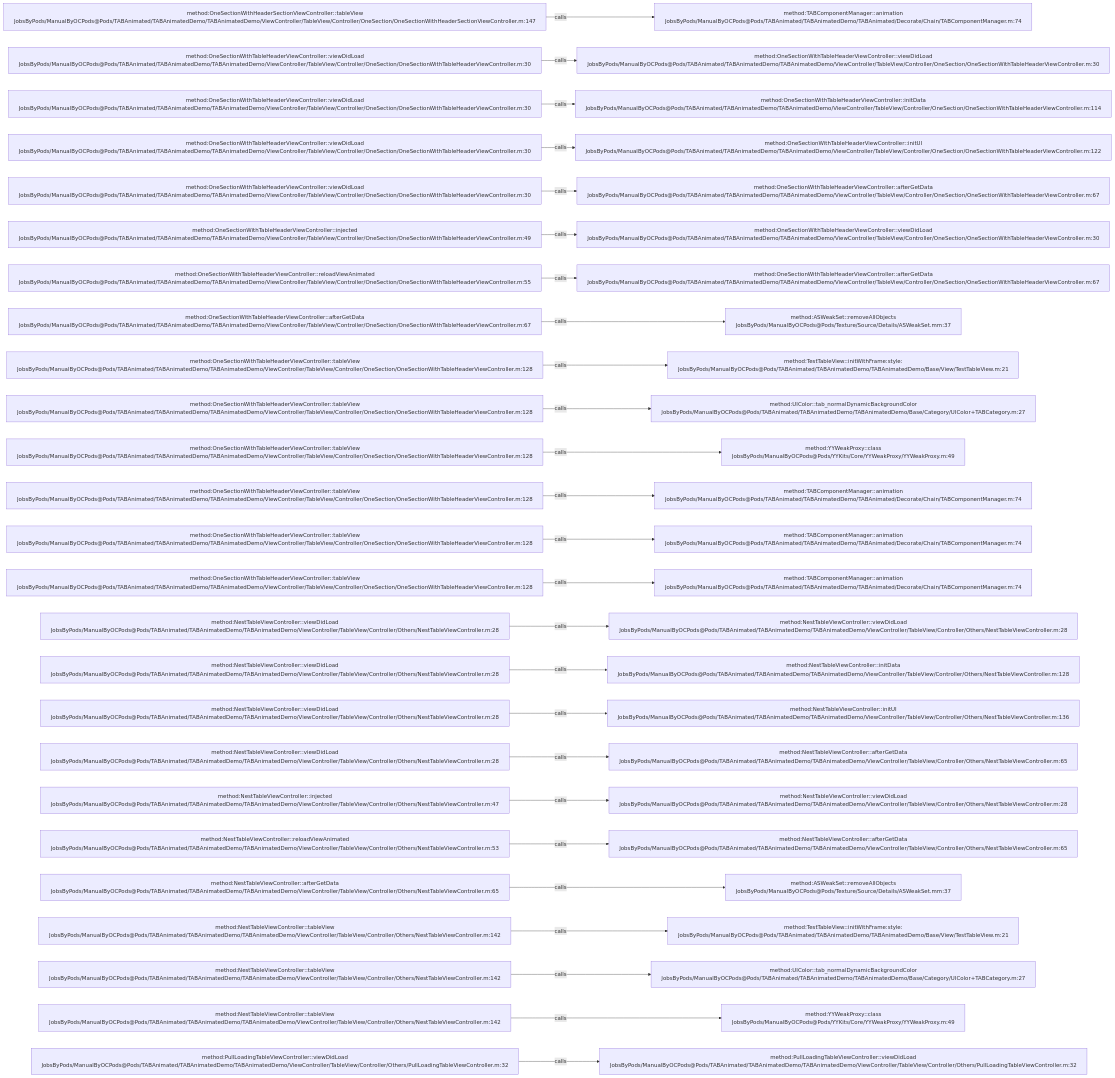
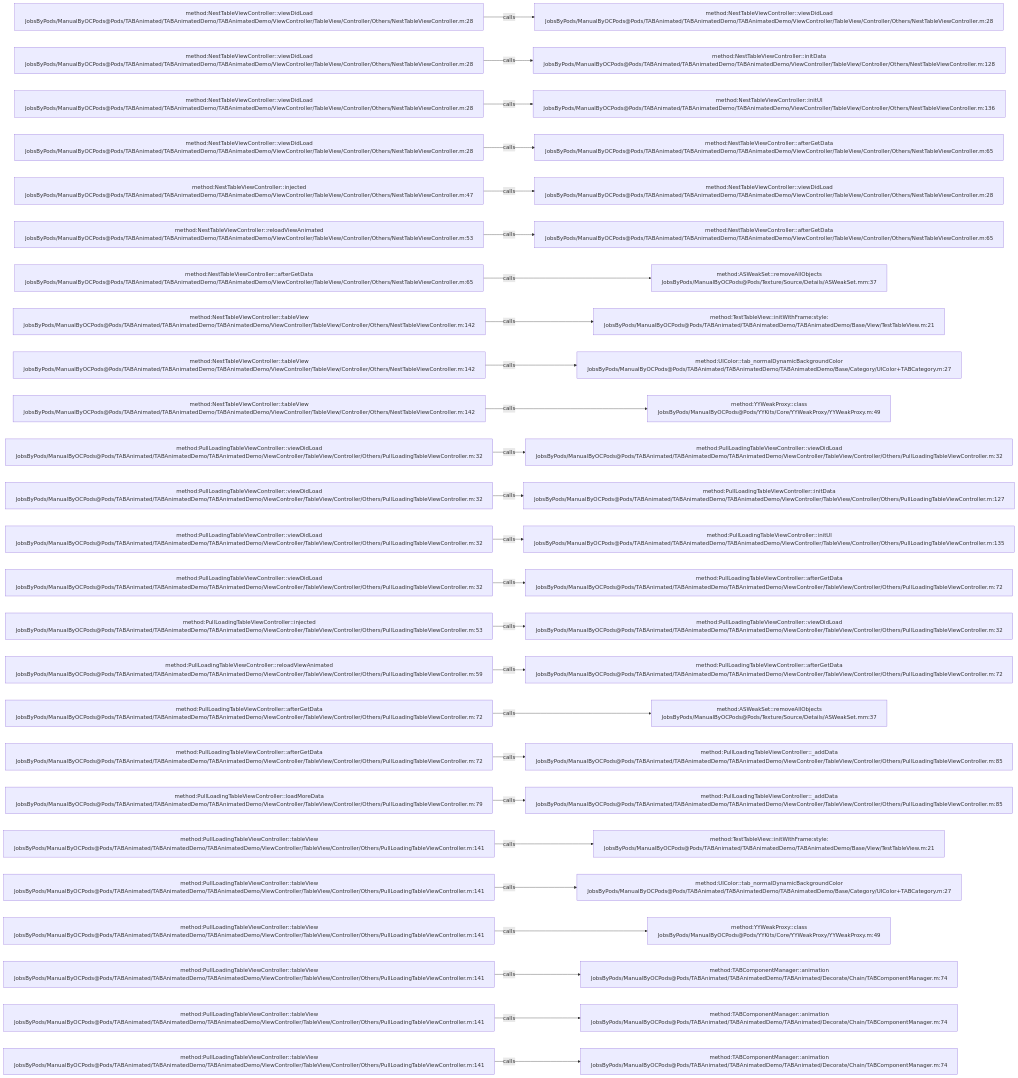
One commit to JobsKits/JobsOCBaseConfigDemo changed the diagram in .codegraph/codegraph.md/graphs/calls-059.md. Above: the diagram before and after it, drawn with Mermaid. The commit also changed 296 other files, not shown here.

````diff
--- a/.codegraph/codegraph.md/graphs/calls-059.md
+++ b/.codegraph/codegraph.md/graphs/calls-059.md
@@ -13,78 +13,78 @@
 ```mermaid
 flowchart LR
-  S1["method:OneSectionWithHeaderSectionViewController::tableView<br/>JobsByPods/ManualByOCPods@Pods/TABAnimated/TABAnimatedDemo/TABAnimatedDemo/ViewController/TableView/Controller/OneSection/OneSectionWithHeaderSectionViewController.m:147"]
-  T1["method:TABComponentManager::animation<br/>JobsByPods/ManualByOCPods@Pods/TABAnimated/TABAnimatedDemo/TABAnimated/Decorate/Chain/TABComponentManager.m:74"]
+  S1["method:NestTableViewController::viewDidLoad<br/>JobsByPods/ManualByOCPods@Pods/TABAnimated/TABAnimatedDemo/TABAnimatedDemo/ViewController/TableView/Controller/Others/NestTableViewController.m:28"]
+  T1["method:NestTableViewController::viewDidLoad<br/>JobsByPods/ManualByOCPods@Pods/TABAnimated/TABAnimatedDemo/TABAnimatedDemo/ViewController/TableView/Controller/Others/NestTableViewController.m:28"]
   S1 -->|calls| T1
-  S2["method:OneSectionWithTableHeaderViewController::viewDidLoad<br/>JobsByPods/ManualByOCPods@Pods/TABAnimated/TABAnimatedDemo/TABAnimatedDemo/ViewController/TableView/Controller/OneSection/OneSectionWithTableHeaderViewController.m:30"]
-  T2["method:OneSectionWithTableHeaderViewController::viewDidLoad<br/>JobsByPods/ManualByOCPods@Pods/TABAnimated/TABAnimatedDemo/TABAnimatedDemo/ViewController/TableView/Controller/OneSection/OneSectionWithTableHeaderViewController.m:30"]
+  S2["method:NestTableViewController::viewDidLoad<br/>JobsByPods/ManualByOCPods@Pods/TABAnimated/TABAnimatedDemo/TABAnimatedDemo/ViewController/TableView/Controller/Others/NestTableViewController.m:28"]
+  T2["method:NestTableViewController::initData<br/>JobsByPods/ManualByOCPods@Pods/TABAnimated/TABAnimatedDemo/TABAnimatedDemo/ViewController/TableView/Controller/Others/NestTableViewController.m:128"]
   S2 -->|calls| T2
-  S3["method:OneSectionWithTableHeaderViewController::viewDidLoad<br/>JobsByPods/ManualByOCPods@Pods/TABAnimated/TABAnimatedDemo/TABAnimatedDemo/ViewController/TableView/Controller/OneSection/OneSectionWithTableHeaderViewController.m:30"]
-  T3["method:OneSectionWithTableHeaderViewController::initData<br/>JobsByPods/ManualByOCPods@Pods/TABAnimated/TABAnimatedDemo/TABAnimatedDemo/ViewController/TableView/Controller/OneSection/OneSectionWithTableHeaderViewController.m:114"]
+  S3["method:NestTableViewController::viewDidLoad<br/>JobsByPods/ManualByOCPods@Pods/TABAnimated/TABAnimatedDemo/TABAnimatedDemo/ViewController/TableView/Controller/Others/NestTableViewController.m:28"]
+  T3["method:NestTableViewController::initUI<br/>JobsByPods/ManualByOCPods@Pods/TABAnimated/TABAnimatedDemo/TABAnimatedDemo/ViewController/TableView/Controller/Others/NestTableViewController.m:136"]
   S3 -->|calls| T3
-  S4["method:OneSectionWithTableHeaderViewController::viewDidLoad<br/>JobsByPods/ManualByOCPods@Pods/TABAnimated/TABAnimatedDemo/TABAnimatedDemo/ViewController/TableView/Controller/OneSection/OneSectionWithTableHeaderViewController.m:30"]
-  T4["method:OneSectionWithTableHeaderViewController::initUI<br/>JobsByPods/ManualByOCPods@Pods/TABAnimated/TABAnimatedDemo/TABAnimatedDemo/ViewController/TableView/Controller/OneSection/OneSectionWithTableHeaderViewController.m:122"]
+  S4["method:NestTableViewController::viewDidLoad<br/>JobsByPods/ManualByOCPods@Pods/TABAnimated/TABAnimatedDemo/TABAnimatedDemo/ViewController/TableView/Controller/Others/NestTableViewController.m:28"]
+  T4["method:NestTableViewController::afterGetData<br/>JobsByPods/ManualByOCPods@Pods/TABAnimated/TABAnimatedDemo/TABAnimatedDemo/ViewController/TableView/Controller/Others/NestTableViewController.m:65"]
   S4 -->|calls| T4
-  S5["method:OneSectionWithTableHeaderViewController::viewDidLoad<br/>JobsByPods/ManualByOCPods@Pods/TABAnimated/TABAnimatedDemo/TABAnimatedDemo/ViewController/TableView/Controller/OneSection/OneSectionWithTableHeaderViewController.m:30"]
-  T5["method:OneSectionWithTableHeaderViewController::afterGetData<br/>JobsByPods/ManualByOCPods@Pods/TABAnimated/TABAnimatedDemo/TABAnimatedDemo/ViewController/TableView/Controller/OneSection/OneSectionWithTableHeaderViewController.m:67"]
+  S5["method:NestTableViewController::injected<br/>JobsByPods/ManualByOCPods@Pods/TABAnimated/TABAnimatedDemo/TABAnimatedDemo/ViewController/TableView/Controller/Others/NestTableViewController.m:47"]
+  T5["method:NestTableViewController::viewDidLoad<br/>JobsByPods/ManualByOCPods@Pods/TABAnimated/TABAnimatedDemo/TABAnimatedDemo/ViewController/TableView/Controller/Others/NestTableViewController.m:28"]
   S5 -->|calls| T5
-  S6["method:OneSectionWithTableHeaderViewController::injected<br/>JobsByPods/ManualByOCPods@Pods/TABAnimated/TABAnimatedDemo/TABAnimatedDemo/ViewController/TableView/Controller/OneSection/OneSectionWithTableHeaderViewController.m:49"]
-  T6["method:OneSectionWithTableHeaderViewController::viewDidLoad<br/>JobsByPods/ManualByOCPods@Pods/TABAnimated/TABAnimatedDemo/TABAnimatedDemo/ViewController/TableView/Controller/OneSection/OneSectionWithTableHeaderViewController.m:30"]
+  S6["method:NestTableViewController::reloadViewAnimated<br/>JobsByPods/ManualByOCPods@Pods/TABAnimated/TABAnimatedDemo/TABAnimatedDemo/ViewController/TableView/Controller/Others/NestTableViewController.m:53"]
+  T6["method:NestTableViewController::afterGetData<br/>JobsByPods/ManualByOCPods@Pods/TABAnimated/TABAnimatedDemo/TABAnimatedDemo/ViewController/TableView/Controller/Others/NestTableViewController.m:65"]
   S6 -->|calls| T6
-  S7["method:OneSectionWithTableHeaderViewController::reloadViewAnimated<br/>JobsByPods/ManualByOCPods@Pods/TABAnimated/TABAnimatedDemo/TABAnimatedDemo/ViewController/TableView/Controller/OneSection/OneSectionWithTableHeaderViewController.m:55"]
-  T7["method:OneSectionWithTableHeaderViewController::afterGetData<br/>JobsByPods/ManualByOCPods@Pods/TABAnimated/TABAnimatedDemo/TABAnimatedDemo/ViewController/TableView/Controller/OneSection/OneSectionWithTableHeaderViewController.m:67"]
+  S7["method:NestTableViewController::afterGetData<br/>JobsByPods/ManualByOCPods@Pods/TABAnimated/TABAnimatedDemo/TABAnimatedDemo/ViewController/TableView/Controller/Others/NestTableViewController.m:65"]
+  T7["method:ASWeakSet::removeAllObjects<br/>JobsByPods/ManualByOCPods@Pods/Texture/Source/Details/ASWeakSet.mm:37"]
   S7 -->|calls| T7
-  S8["method:OneSectionWithTableHeaderViewController::afterGetData<br/>JobsByPods/ManualByOCPods@Pods/TABAnimated/TABAnimatedDemo/TABAnimatedDemo/ViewController/TableView/Controller/OneSection/OneSectionWithTableHeaderViewController.m:67"]
-  T8["method:ASWeakSet::removeAllObjects<br/>JobsByPods/ManualByOCPods@Pods/Texture/Source/Details/ASWeakSet.mm:37"]
+  S8["method:NestTableViewController::tableView<br/>JobsByPods/ManualByOCPods@Pods/TABAnimated/TABAnimatedDemo/TABAnimatedDemo/ViewController/TableView/Controller/Others/NestTableViewController.m:142"]
+  T8["method:TestTableView::initWithFrame:style:<br/>JobsByPods/ManualByOCPods@Pods/TABAnimated/TABAnimatedDemo/TABAnimatedDemo/Base/View/TestTableView.m:21"]
   S8 -->|calls| T8
-  S9["method:OneSectionWithTableHeaderViewController::tableView<br/>JobsByPods/ManualByOCPods@Pods/TABAnimated/TABAnimatedDemo/TABAnimatedDemo/ViewController/TableView/Controller/OneSection/OneSectionWithTableHeaderViewController.m:128"]
-  T9["method:TestTableView::initWithFrame:style:<br/>JobsByPods/ManualByOCPods@Pods/TABAnimated/TABAnimatedDemo/TABAnimatedDemo/Base/View/TestTableView.m:21"]
+  S9["method:NestTableViewController::tableView<br/>JobsByPods/ManualByOCPods@Pods/TABAnimated/TABAnimatedDemo/TABAnimatedDemo/ViewController/TableView/Controller/Others/NestTableViewController.m:142"]
+  T9["method:UIColor::tab_normalDynamicBackgroundColor<br/>JobsByPods/ManualByOCPods@Pods/TABAnimated/TABAnimatedDemo/TABAnimatedDemo/Base/Category/UIColor+TABCategory.m:27"]
   S9 -->|calls| T9
-  S10["method:OneSectionWithTableHeaderViewController::tableView<br/>JobsByPods/ManualByOCPods@Pods/TABAnimated/TABAnimatedDemo/TABAnimatedDemo/ViewController/TableView/Controller/OneSection/OneSectionWithTableHeaderViewController.m:128"]
-  T10["method:UIColor::tab_normalDynamicBackgroundColor<br/>JobsByPods/ManualByOCPods@Pods/TABAnimated/TABAnimatedDemo/TABAnimatedDemo/Base/Category/UIColor+TABCategory.m:27"]
+  S10["method:NestTableViewController::tableView<br/>JobsByPods/ManualByOCPods@Pods/TABAnimated/TABAnimatedDemo/TABAnimatedDemo/ViewController/TableView/Controller/Others/NestTableViewController.m:142"]
+  T10["method:YYWeakProxy::class<br/>JobsByPods/ManualByOCPods@Pods/YYKits/Core/YYWeakProxy/YYWeakProxy.m:49"]
   S10 -->|calls| T10
-  S11["method:OneSectionWithTableHeaderViewController::tableView<br/>JobsByPods/ManualByOCPods@Pods/TABAnimated/TABAnimatedDemo/TABAnimatedDemo/ViewController/TableView/Controller/OneSection/OneSectionWithTableHeaderViewController.m:128"]
-  T11["method:YYWeakProxy::class<br/>JobsByPods/ManualByOCPods@Pods/YYKits/Core/YYWeakProxy/YYWeakProxy.m:49"]
+  S11["method:PullLoadingTableViewController::viewDidLoad<br/>JobsByPods/ManualByOCPods@Pods/TABAnimated/TABAnimatedDemo/TABAnimatedDemo/ViewController/TableView/Controller/Others/PullLoadingTableViewController.m:32"]
+  T11["method:PullLoadingTableViewController::viewDidLoad<br/>JobsByPods/ManualByOCPods@Pods/TABAnimated/TABAnimatedDemo/TABAnimatedDemo/ViewController/TableView/Controller/Others/PullLoadingTableViewController.m:32"]
   S11 -->|calls| T11
-  S12["method:OneSectionWithTableHeaderViewController::tableView<br/>JobsByPods/ManualByOCPods@Pods/TABAnimated/TABAnimatedDemo/TABAnimatedDemo/ViewController/TableView/Controller/OneSection/OneSectionWithTableHeaderViewController.m:128"]
-  T12["method:TABComponentManager::animation<br/>JobsByPods/ManualByOCPods@Pods/TABAnimated/TABAnimatedDemo/TABAnimated/Decorate/Chain/TABComponentManager.m:74"]
+  S12["method:PullLoadingTableViewController::viewDidLoad<br/>JobsByPods/ManualByOCPods@Pods/TABAnimated/TABAnimatedDemo/TABAnimatedDemo/ViewController/TableView/Controller/Others/PullLoadingTableViewController.m:32"]
+  T12["method:PullLoadingTableViewController::initData<br/>JobsByPods/ManualByOCPods@Pods/TABAnimated/TABAnimatedDemo/TABAnimatedDemo/ViewController/TableView/Controller/Others/PullLoadingTableViewController.m:127"]
   S12 -->|calls| T12
-  S13["method:OneSectionWithTableHeaderViewController::tableView<br/>JobsByPods/ManualByOCPods@Pods/TABAnimated/TABAnimatedDemo/TABAnimatedDemo/ViewController/TableView/Controller/OneSection/OneSectionWithTableHeaderViewController.m:128"]
-  T13["method:TABComponentManager::animation<br/>JobsByPods/ManualByOCPods@Pods/TABAnimated/TABAnimatedDemo/TABAnimated/Decorate/Chain/TABComponentManager.m:74"]
+  S13["method:PullLoadingTableViewController::viewDidLoad<br/>JobsByPods/ManualByOCPods@Pods/TABAnimated/TABAnimatedDemo/TABAnimatedDemo/ViewController/TableView/Controller/Others/PullLoadingTableViewController.m:32"]
+  T13["method:PullLoadingTableViewController::initUI<br/>JobsByPods/ManualByOCPods@Pods/TABAnimated/TABAnimatedDemo/TABAnimatedDemo/ViewController/TableView/Controller/Others/PullLoadingTableViewController.m:135"]
   S13 -->|calls| T13
-  S14["method:OneSectionWithTableHeaderViewController::tableView<br/>JobsByPods/ManualByOCPods@Pods/TABAnimated/TABAnimatedDemo/TABAnimatedDemo/ViewController/TableView/Controller/OneSection/OneSectionWithTableHeaderViewController.m:128"]
-  T14["method:TABComponentManager::animation<br/>JobsByPods/ManualByOCPods@Pods/TABAnimated/TABAnimatedDemo/TABAnimated/Decorate/Chain/TABComponentManager.m:74"]
+  S14["method:PullLoadingTableViewController::viewDidLoad<br/>JobsByPods/ManualByOCPods@Pods/TABAnimated/TABAnimatedDemo/TABAnimatedDemo/ViewController/TableView/Controller/Others/PullLoadingTableViewController.m:32"]
+  T14["method:PullLoadingTableViewController::afterGetData<br/>JobsByPods/ManualByOCPods@Pods/TABAnimated/TABAnimatedDemo/TABAnimatedDemo/ViewController/TableView/Controller/Others/PullLoadingTableViewController.m:72"]
   S14 -->|calls| T14
-  S15["method:NestTableViewController::viewDidLoad<br/>JobsByPods/ManualByOCPods@Pods/TABAnimated/TABAnimatedDemo/TABAnimatedDemo/ViewController/TableView/Controller/Others/NestTableViewController.m:28"]
-  T15["method:NestTableViewController::viewDidLoad<br/>JobsByPods/ManualByOCPods@Pods/TABAnimated/TABAnimatedDemo/TABAnimatedDemo/ViewController/TableView/Controller/Others/NestTableViewController.m:28"]
+  S15["method:PullLoadingTableViewController::injected<br/>JobsByPods/ManualByOCPods@Pods/TABAnimated/TABAnimatedDemo/TABAnimatedDemo/ViewController/TableView/Controller/Others/PullLoadingTableViewController.m:53"]
+  T15["method:PullLoadingTableViewController::viewDidLoad<br/>JobsByPods/ManualByOCPods@Pods/TABAnimated/TABAnimatedDemo/TABAnimatedDemo/ViewController/TableView/Controller/Others/PullLoadingTableViewController.m:32"]
   S15 -->|calls| T15
-  S16["method:NestTableViewController::viewDidLoad<br/>JobsByPods/ManualByOCPods@Pods/TABAnimated/TABAnimatedDemo/TABAnimatedDemo/ViewController/TableView/Controller/Others/NestTableViewController.m:28"]
-  T16["method:NestTableViewController::initData<br/>JobsByPods/ManualByOCPods@Pods/TABAnimated/TABAnimatedDemo/TABAnimatedDemo/ViewController/TableView/Controller/Others/NestTableViewController.m:128"]
+  S16["method:PullLoadingTableViewController::reloadViewAnimated<br/>JobsByPods/ManualByOCPods@Pods/TABAnimated/TABAnimatedDemo/TABAnimatedDemo/ViewController/TableView/Controller/Others/PullLoadingTableViewController.m:59"]
+  T16["method:PullLoadingTableViewController::afterGetData<br/>JobsByPods/ManualByOCPods@Pods/TABAnimated/TABAnimatedDemo/TABAnimatedDemo/ViewController/TableView/Controller/Others/PullLoadingTableViewController.m:72"]
   S16 -->|calls| T16
-  S17["method:NestTableViewController::viewDidLoad<br/>JobsByPods/ManualByOCPods@Pods/TABAnimated/TABAnimatedDemo/TABAnimatedDemo/ViewController/TableView/Controller/Others/NestTableViewController.m:28"]
-  T17["method:NestTableViewController::initUI<br/>JobsByPods/ManualByOCPods@Pods/TABAnimated/TABAnimatedDemo/TABAnimatedDemo/ViewController/TableView/Controller/Others/NestTableViewController.m:136"]
+  S17["method:PullLoadingTableViewController::afterGetData<br/>JobsByPods/ManualByOCPods@Pods/TABAnimated/TABAnimatedDemo/TABAnimatedDemo/ViewController/TableView/Controller/Others/PullLoadingTableViewController.m:72"]
+  T17["method:ASWeakSet::removeAllObjects<br/>JobsByPods/ManualByOCPods@Pods/Texture/Source/Details/ASWeakSet.mm:37"]
   S17 -->|calls| T17
-  S18["method:NestTableViewController::viewDidLoad<br/>JobsByPods/ManualByOCPods@Pods/TABAnimated/TABAnimatedDemo/TABAnimatedDemo/ViewController/TableView/Controller/Others/NestTableViewController.m:28"]
-  T18["method:NestTableViewController::afterGetData<br/>JobsByPods/ManualByOCPods@Pods/TABAnimated/TABAnimatedDemo/TABAnimatedDemo/ViewController/TableView/Controller/Others/NestTableViewController.m:65"]
+  S18["method:PullLoadingTableViewController::afterGetData<br/>JobsByPods/ManualByOCPods@Pods/TABAnimated/TABAnimatedDemo/TABAnimatedDemo/ViewController/TableView/Controller/Others/PullLoadingTableViewController.m:72"]
+  T18["method:PullLoadingTableViewController::_addData<br/>JobsByPods/ManualByOCPods@Pods/TABAnimated/TABAnimatedDemo/TABAnimatedDemo/ViewController/TableView/Controller/Others/PullLoadingTableViewController.m:85"]
   S18 -->|calls| T18
-  S19["method:NestTableViewController::injected<br/>JobsByPods/ManualByOCPods@Pods/TABAnimated/TABAnimatedDemo/TABAnimatedDemo/ViewController/TableView/Controller/Others/NestTableViewController.m:47"]
-  T19["method:NestTableViewController::viewDidLoad<br/>JobsByPods/ManualByOCPods@Pods/TABAnimated/TABAnimatedDemo/TABAnimatedDemo/ViewController/TableView/Controller/Others/NestTableViewController.m:28"]
+  S19["method:PullLoadingTableViewController::loadMoreData<br/>JobsByPods/ManualByOCPods@Pods/TABAnimated/TABAnimatedDemo/TABAnimatedDemo/ViewController/TableView/Controller/Others/PullLoadingTableViewController.m:79"]
+  T19["method:PullLoadingTableViewController::_addData<br/>JobsByPods/ManualByOCPods@Pods/TABAnimated/TABAnimatedDemo/TABAnimatedDemo/ViewController/TableView/Controller/Others/PullLoadingTableViewController.m:85"]
   S19 -->|calls| T19
-  S20["method:NestTableViewController::reloadViewAnimated<br/>JobsByPods/ManualByOCPods@Pods/TABAnimated/TABAnimatedDemo/TABAnimatedDemo/ViewController/TableView/Controller/Others/NestTableViewController.m:53"]
-  T20["method:NestTableViewController::afterGetData<br/>JobsByPods/ManualByOCPods@Pods/TABAnimated/TABAnimatedDemo/TABAnimatedDemo/ViewController/TableView/Controller/Others/NestTableViewController.m:65"]
+  S20["method:PullLoadingTableViewController::tableView<br/>JobsByPods/ManualByOCPods@Pods/TABAnimated/TABAnimatedDemo/TABAnimatedDemo/ViewController/TableView/Controller/Others/PullLoadingTableViewController.m:141"]
+  T20["method:TestTableView::initWithFrame:style:<br/>JobsByPods/ManualByOCPods@Pods/TABAnimated/TABAnimatedDemo/TABAnimatedDemo/Base/View/TestTableView.m:21"]
   S20 -->|calls| T20
-  S21["method:NestTableViewController::afterGetData<br/>JobsByPods/ManualByOCPods@Pods/TABAnimated/TABAnimatedDemo/TABAnimatedDemo/ViewController/TableView/Controller/Others/NestTableViewController.m:65"]
-  T21["method:ASWeakSet::removeAllObjects<br/>JobsByPods/ManualByOCPods@Pods/Texture/Source/Details/ASWeakSet.mm:37"]
+  S21["method:PullLoadingTableViewController::tableView<br/>JobsByPods/ManualByOCPods@Pods/TABAnimated/TABAnimatedDemo/TABAnimatedDemo/ViewController/TableView/Controller/Others/PullLoadingTableViewController.m:141"]
+  T21["method:UIColor::tab_normalDynamicBackgroundColor<br/>JobsByPods/ManualByOCPods@Pods/TABAnimated/TABAnimatedDemo/TABAnimatedDemo/Base/Category/UIColor+TABCategory.m:27"]
   S21 -->|calls| T21
-  S22["method:NestTableViewController::tableView<br/>JobsByPods/ManualByOCPods@Pods/TABAnimated/TABAnimatedDemo/TABAnimatedDemo/ViewController/TableView/Controller/Others/NestTableViewController.m:142"]
-  T22["method:TestTableView::initWithFrame:style:<br/>JobsByPods/ManualByOCPods@Pods/TABAnimated/TABAnimatedDemo/TABAnimatedDemo/Base/View/TestTableView.m:21"]
+  S22["method:PullLoadingTableViewController::tableView<br/>JobsByPods/ManualByOCPods@Pods/TABAnimated/TABAnimatedDemo/TABAnimatedDemo/ViewController/TableView/Controller/Others/PullLoadingTableViewController.m:141"]
+  T22["method:YYWeakProxy::class<br/>JobsByPods/ManualByOCPods@Pods/YYKits/Core/YYWeakProxy/YYWeakProxy.m:49"]
   S22 -->|calls| T22
-  S23["method:NestTableViewController::tableView<br/>JobsByPods/ManualByOCPods@Pods/TABAnimated/TABAnimatedDemo/TABAnimatedDemo/ViewController/TableView/Controller/Others/NestTableViewController.m:142"]
-  T23["method:UIColor::tab_normalDynamicBackgroundColor<br/>JobsByPods/ManualByOCPods@Pods/TABAnimated/TABAnimatedDemo/TABAnimatedDemo/Base/Category/UIColor+TABCategory.m:27"]
+  S23["method:PullLoadingTableViewController::tableView<br/>JobsByPods/ManualByOCPods@Pods/TABAnimated/TABAnimatedDemo/TABAnimatedDemo/ViewController/TableView/Controller/Others/PullLoadingTableViewController.m:141"]
+  T23["method:TABComponentManager::animation<br/>JobsByPods/ManualByOCPods@Pods/TABAnimated/TABAnimatedDemo/TABAnimated/Decorate/Chain/TABComponentManager.m:74"]
   S23 -->|calls| T23
-  S24["method:NestTableViewController::tableView<br/>JobsByPods/ManualByOCPods@Pods/TABAnimated/TABAnimatedDemo/TABAnimatedDemo/ViewController/TableView/Controller/Others/NestTableViewController.m:142"]
-  T24["method:YYWeakProxy::class<br/>JobsByPods/ManualByOCPods@Pods/YYKits/Core/YYWeakProxy/YYWeakProxy.m:49"]
+  S24["method:PullLoadingTableViewController::tableView<br/>JobsByPods/ManualByOCPods@Pods/TABAnimated/TABAnimatedDemo/TABAnimatedDemo/ViewController/TableView/Controller/Others/PullLoadingTableViewController.m:141"]
+  T24["method:TABComponentManager::animation<br/>JobsByPods/ManualByOCPods@Pods/TABAnimated/TABAnimatedDemo/TABAnimated/Decorate/Chain/TABComponentManager.m:74"]
   S24 -->|calls| T24
-  S25["method:PullLoadingTableViewController::viewDidLoad<br/>JobsByPods/ManualByOCPods@Pods/TABAnimated/TABAnimatedDemo/TABAnimatedDemo/ViewController/TableView/Controller/Others/PullLoadingTableViewController.m:32"]
-  T25["method:PullLoadingTableViewController::viewDidLoad<br/>JobsByPods/ManualByOCPods@Pods/TABAnimated/TABAnimatedDemo/TABAnimatedDemo/ViewController/TableView/Controller/Others/PullLoadingTableViewController.m:32"]
+  S25["method:PullLoadingTableViewController::tableView<br/>JobsByPods/ManualByOCPods@Pods/TABAnimated/TABAnimatedDemo/TABAnimatedDemo/ViewController/TableView/Controller/Others/PullLoadingTableViewController.m:141"]
+  T25["method:TABComponentManager::animation<br/>JobsByPods/ManualByOCPods@Pods/TABAnimated/TABAnimatedDemo/TABAnimated/Decorate/Chain/TABComponentManager.m:74"]
   S25 -->|calls| T25
 ```
````
